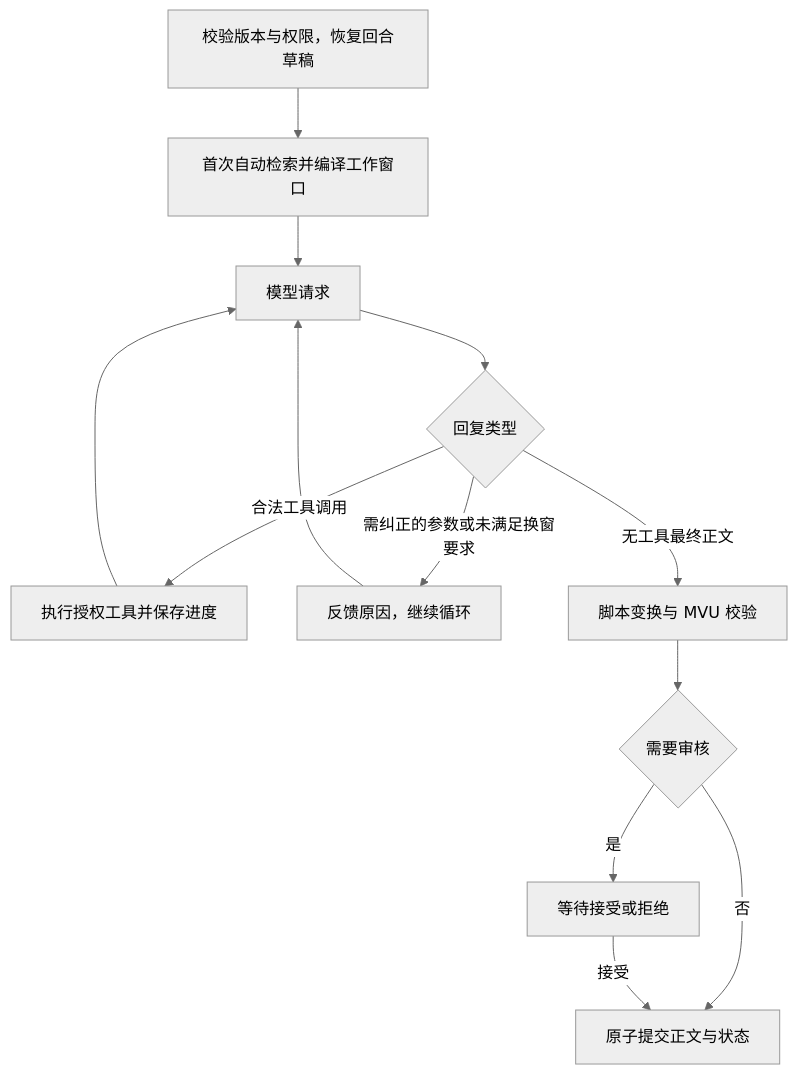
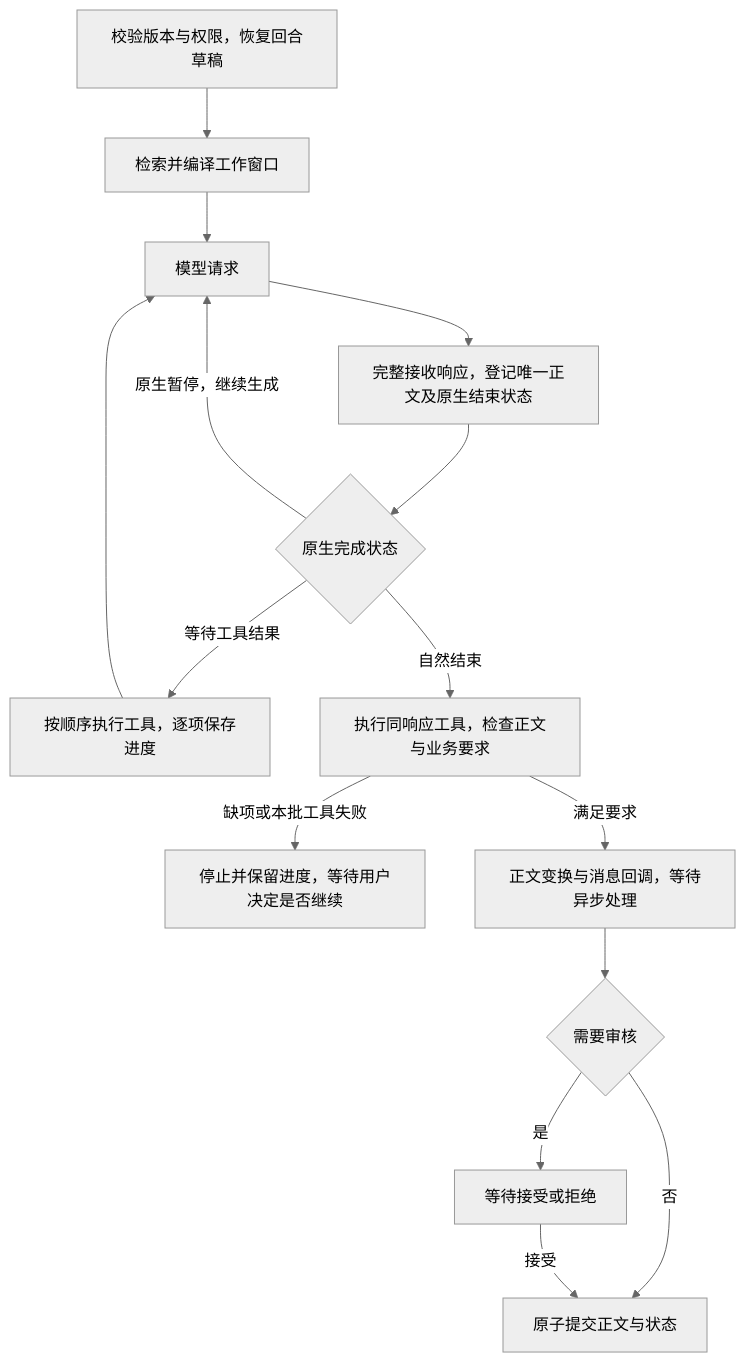
Before and after one commit to illuminatedworm/terrarium-tavern: the diagram in docs/design/full-agent.md, drawn with Mermaid (neutral theme). The commit also changed other lines of this file and 63 other files, not shown here.

````diff
--- a/docs/design/full-agent.md
+++ b/docs/design/full-agent.md
@@ -35,15 +35,17 @@
 ```mermaid
 flowchart TD
-    A[校验版本与权限，恢复回合草稿] --> B[首次自动检索并编译工作窗口]
+    A[校验版本与权限，恢复回合草稿] --> B[检索并编译工作窗口]
     B --> C[模型请求]
-    C --> D{回复类型}
-    D -->|合法工具调用| E[执行授权工具并保存进度]
-    E --> C
-    D -->|需纠正的参数或未满足换窗要求| F[反馈原因，继续循环]
+    C --> D[完整接收响应，登记唯一正文及原生结束状态]
+    D --> E{原生完成状态}
+    E -->|等待工具结果| F[按顺序执行工具，逐项保存进度]
     F --> C
-    D -->|无工具最终正文| G[脚本变换与 MVU 校验]
-    G --> H{需要审核}
-    H -->|是| I[等待接受或拒绝]
-    H -->|否| J[原子提交正文与状态]
-    I -->|接受| J
+    E -->|原生暂停，继续生成| C
+    E -->|自然结束| G[执行同响应工具，检查正文与业务要求]
+    G -->|缺项或本批工具失败| K[停止并保留进度，等待用户决定是否继续]
+    G -->|满足要求| H[正文变换与消息回调，等待异步处理]
+    H --> I{需要审核}
+    I -->|是| J[等待接受或拒绝]
+    I -->|否| L[原子提交正文与状态]
+    J -->|接受| L
 ```
````
